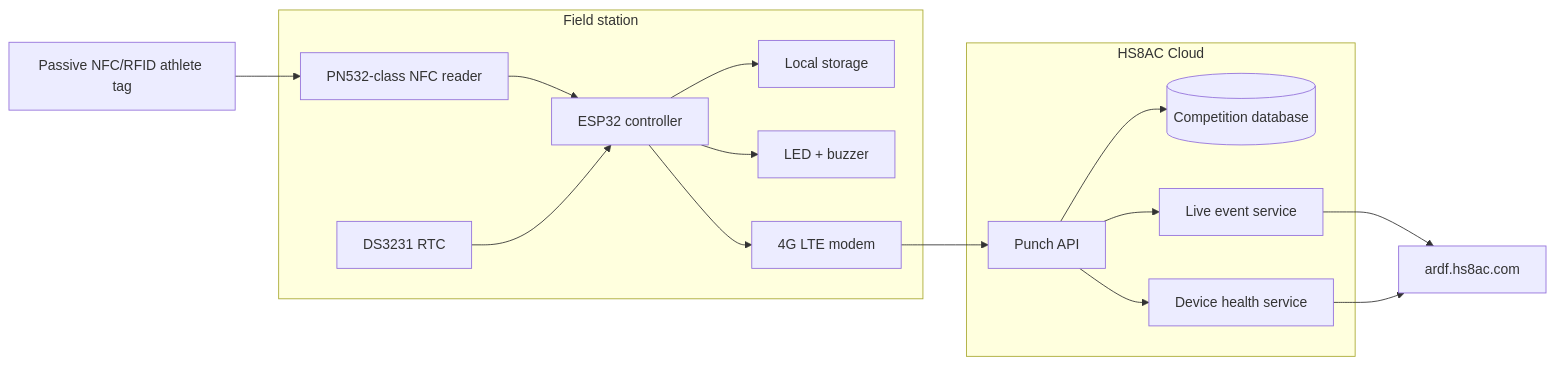
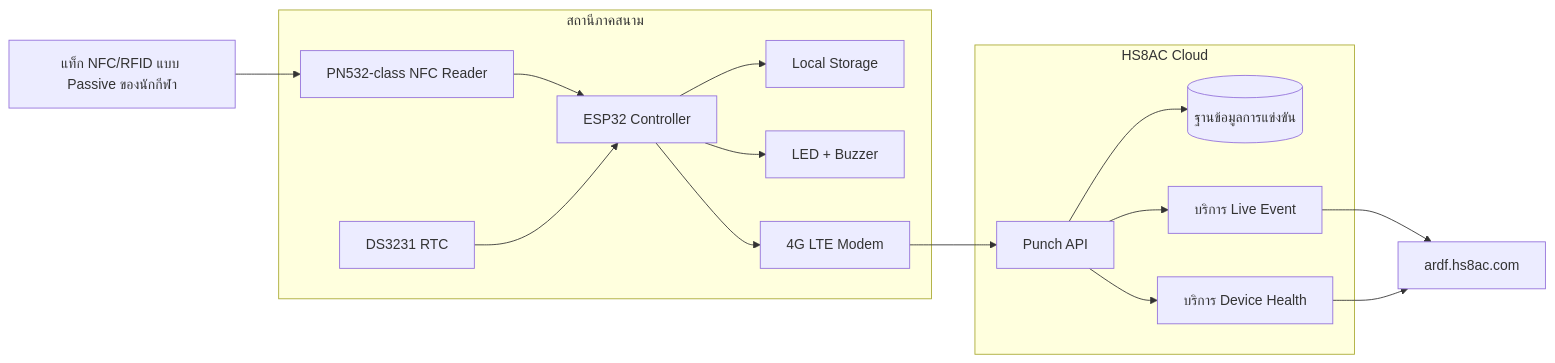
Before and after one commit to e25xld-ham/hs8ac: the first of 2 diagrams in projects/ardf-epunch/ARCHITECTURE.md, drawn with Mermaid. The commit also changed other lines of this file, not shown here.

````diff
--- a/projects/ardf-epunch/ARCHITECTURE.md
+++ b/projects/ardf-epunch/ARCHITECTURE.md
@@ -5,33 +5,33 @@
 ```mermaid
 flowchart LR
-    TAG[Passive NFC/RFID athlete tag]
+    TAG[แท็ก NFC/RFID แบบ Passive ของนักกีฬา]
 
-    subgraph FIELD[Field station]
-      NFC[PN532-class NFC reader]
-      ESP[ESP32 controller]
+    subgraph FIELD[สถานีภาคสนาม]
+      NFC[PN532-class NFC Reader]
+      ESP[ESP32 Controller]
       RTC[DS3231 RTC]
-      STORE[Local storage]
-      IO[LED + buzzer]
-      LTE[4G LTE modem]
+      STORE[Local Storage]
+      IO[LED + Buzzer]
+      LTE[4G LTE Modem]
     end
 
     subgraph CLOUD[HS8AC Cloud]
       API[Punch API]
-      DB[(Competition database)]
-      LIVE[Live event service]
-      HEALTH[Device health service]
+      DB[(ฐานข้อมูลการแข่งขัน)]
+      LIVE[บริการ Live Event]
+      HEALTH[บริการ Device Health]
     end
 
     WEB[ardf.hs8ac.com]
 
     TAG --> NFC --> ESP
     RTC --> ESP
     ESP --> STORE
     ESP --> IO
     ESP --> LTE --> API
     API --> DB
     API --> LIVE
     API --> HEALTH
     LIVE --> WEB
     HEALTH --> WEB
 ```
````
